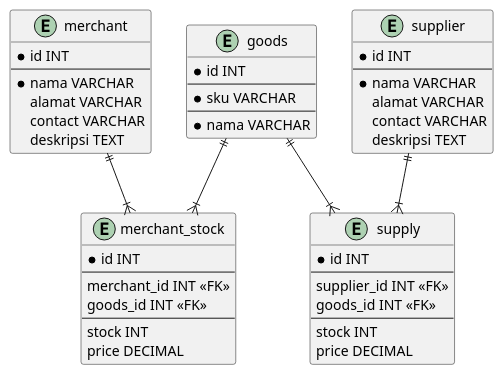
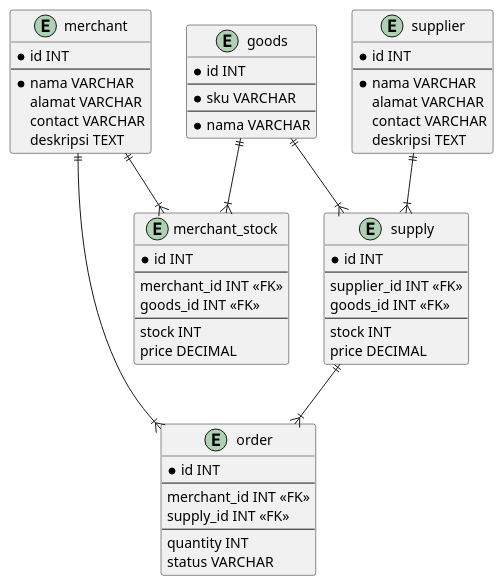
One commit to kaattuu/abucom_erd changed the diagram in abucom_erd.puml. Above: the diagram before and after it, drawn with PlantUML. The commit also changed 2 other files, not shown here.

Commit message:
feat(abucom_erd): add entity order

```diff
--- a/abucom_erd.puml
+++ b/abucom_erd.puml
@@ -1,55 +1,68 @@
 @startuml
 
 entity merchant {
     * id INT
     --
     * nama VARCHAR
     alamat VARCHAR
     contact VARCHAR
     deskripsi TEXT
 }
 
 entity supplier {
     * id INT
     --
     * nama VARCHAR
     alamat VARCHAR
     contact VARCHAR
     deskripsi TEXT
 }
 
 entity goods {
     * id INT
     --
     * sku VARCHAR
     --
     * nama VARCHAR
 }
 
 entity merchant_stock {
     * id INT
     --
     merchant_id INT <<FK>>
     goods_id INT <<FK>>
     --
     stock INT
     price DECIMAL
 }
 
 entity supply {
     * id INT
     --
     supplier_id INT <<FK>>
     goods_id INT <<FK>>
     --
     stock INT
     price DECIMAL
 }
 
 merchant ||--|{ merchant_stock
 goods ||--|{ merchant_stock
 
 supplier ||--|{ supply
 goods ||--|{ supply
 
+entity order {
+    * id INT
+    --
+    merchant_id INT <<FK>>
+    supply_id INT <<FK>>
+    --
+    quantity INT
+    status VARCHAR
+}
+
+merchant ||--|{ order
+supply ||--|{ order
+
 @enduml
```
